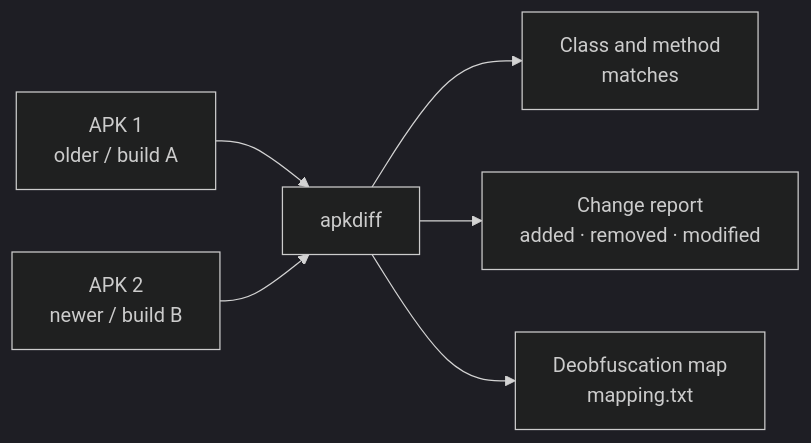
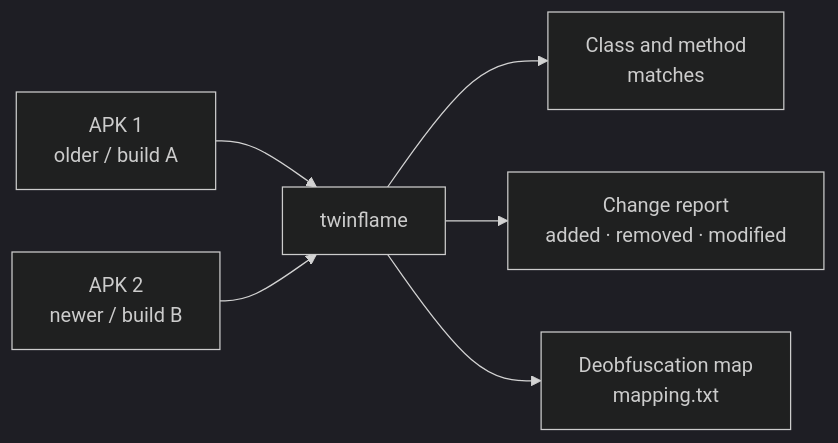
One commit to ankorio/twinflame changed the first of 10 diagrams in docs/how-it-works.md. Above: the diagram before and after it, drawn with Mermaid (dark theme). The commit also changed other lines of this file and 64 other files, not shown here.

First line of the commit message:
Rename apkdiff → twinflame; redesign CLI; add sensitive-component detection

````diff
--- a/docs/how-it-works.md
+++ b/docs/how-it-works.md
@@ -16,8 +16,8 @@
 ```mermaid
 flowchart LR
-    A["APK 1<br/>older / build A"] --> E[apkdiff]
+    A["APK 1<br/>older / build A"] --> E[twinflame]
     B["APK 2<br/>newer / build B"] --> E
     E --> M["Class and method<br/>matches"]
     E --> C["Change report<br/>added · removed · modified"]
     E --> D["Deobfuscation map<br/>mapping.txt"]
 ```
````
